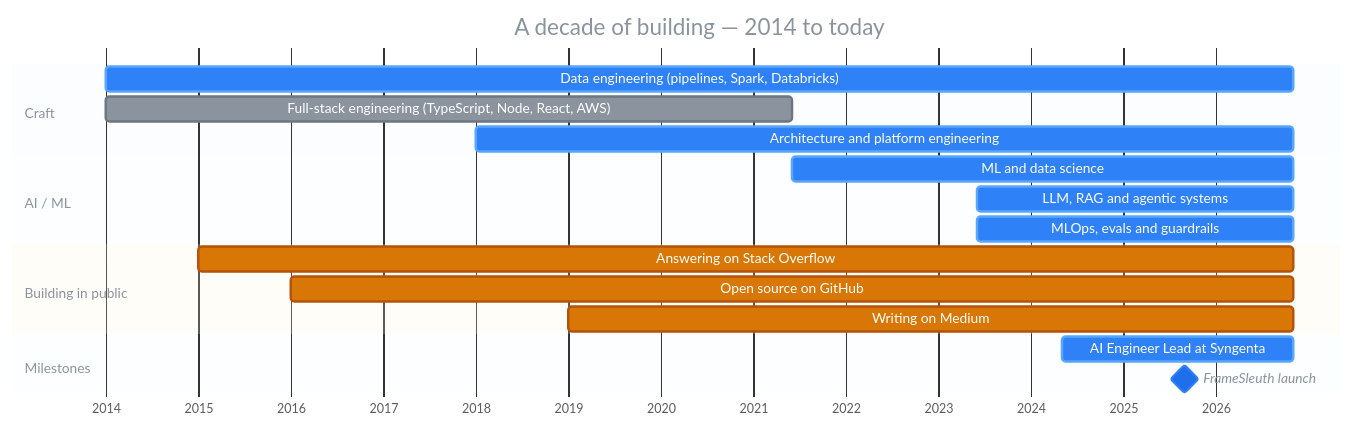
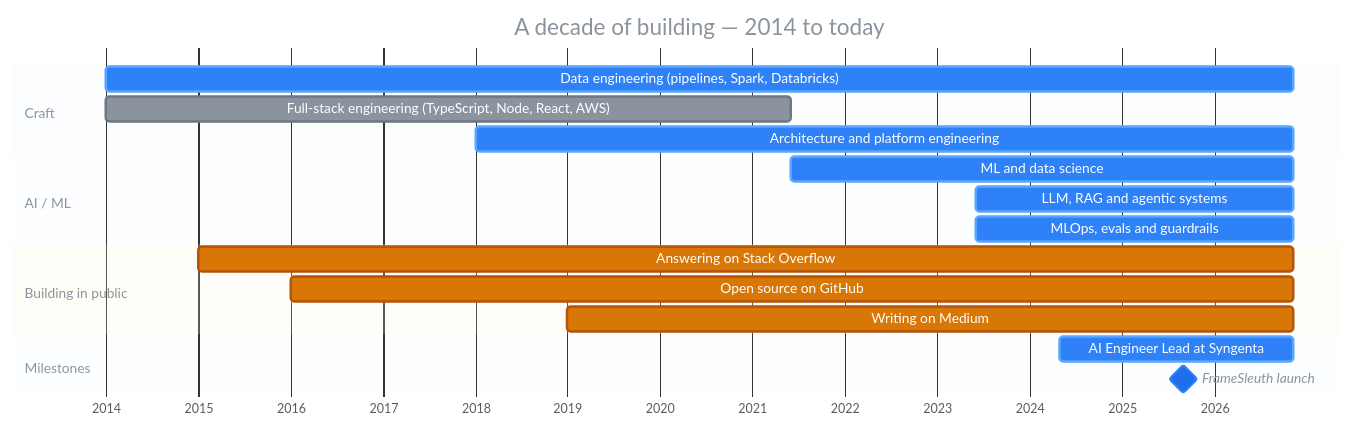
One commit to santoshshinde2012/santoshshinde2012 changed the first of 2 diagrams in README.md. Above: the diagram before and after it, drawn with Mermaid. The commit also changed other lines of this file, not shown here.

Commit message:
chore: refresh shipping summary

````diff
--- a/README.md
+++ b/README.md
@@ -129,27 +128,27 @@
 ```mermaid
 %%{init: {'theme':'base','themeVariables':{'fontFamily':'Fira Code, monospace','taskBkgColor':'#1F6FEB','taskBorderColor':'#2F81F7','activeTaskBkgColor':'#2F81F7','activeTaskBorderColor':'#58A6FF','doneTaskBkgColor':'#8B949E','doneTaskBorderColor':'#6E7681','critBkgColor':'#D97706','critBorderColor':'#B45309','critTextColor':'#ffffff','milestoneBkgColor':'#238636','milestoneBorderColor':'#2EA043','taskTextColor':'#ffffff','taskTextDarkColor':'#ffffff','taskTextLightColor':'#ffffff','taskTextOutsideColor':'#8B949E','gridColor':'#30363D','todayLineColor':'#F85149','titleColor':'#8B949E','sectionBkgColor':'#2F81F714','altSectionBkgColor':'#2F81F70A'}}}%%
 gantt
     title A decade of building — 2014 to today
     dateFormat YYYY-MM-DD
     axisFormat %Y
     tickInterval 1year
 
     section Craft
-    Data engineering (pipelines, Spark, Databricks)      :active, de,   2014-01-01, 2026-11-02
+    Data engineering (pipelines, Spark, Databricks)      :active, de,   2014-01-01, 2026-11-09
     Full-stack engineering (TypeScript, Node, React, AWS) :done,   fs,   2014-01-01, 2021-06-01
-    Architecture and platform engineering                :active, arch, 2018-01-01, 2026-11-02
+    Architecture and platform engineering                :active, arch, 2018-01-01, 2026-11-09
 
     section AI / ML
-    ML and data science                                  :active, ml,   2021-06-01, 2026-11-02
-    LLM, RAG and agentic systems                         :active, llm,  2023-06-01, 2026-11-02
-    MLOps, evals and guardrails                          :active, ops,  2023-06-01, 2026-11-02
+    ML and data science                                  :active, ml,   2021-06-01, 2026-11-09
+    LLM, RAG and agentic systems                         :active, llm,  2023-06-01, 2026-11-09
+    MLOps, evals and guardrails                          :active, ops,  2023-06-01, 2026-11-09
 
     section Building in public
-    Answering on Stack Overflow                          :crit, so,   2015-01-01, 2026-11-02
-    Open source on GitHub                                :crit, gh,   2016-01-01, 2026-11-02
-    Writing on Medium                                    :crit, med,  2019-01-01, 2026-11-02
+    Answering on Stack Overflow                          :crit, so,   2015-01-01, 2026-11-09
+    Open source on GitHub                                :crit, gh,   2016-01-01, 2026-11-09
+    Writing on Medium                                    :crit, med,  2019-01-01, 2026-11-09
 
     section Milestones
-    AI Engineer Lead at Syngenta                         :active,    syn, 2024-05-01, 2026-11-02
+    AI Engineer Lead at Syngenta                         :active,    syn, 2024-05-01, 2026-11-09
     FrameSleuth launch                                   :milestone, fsl, 2025-09-01, 0d
 ```
````
